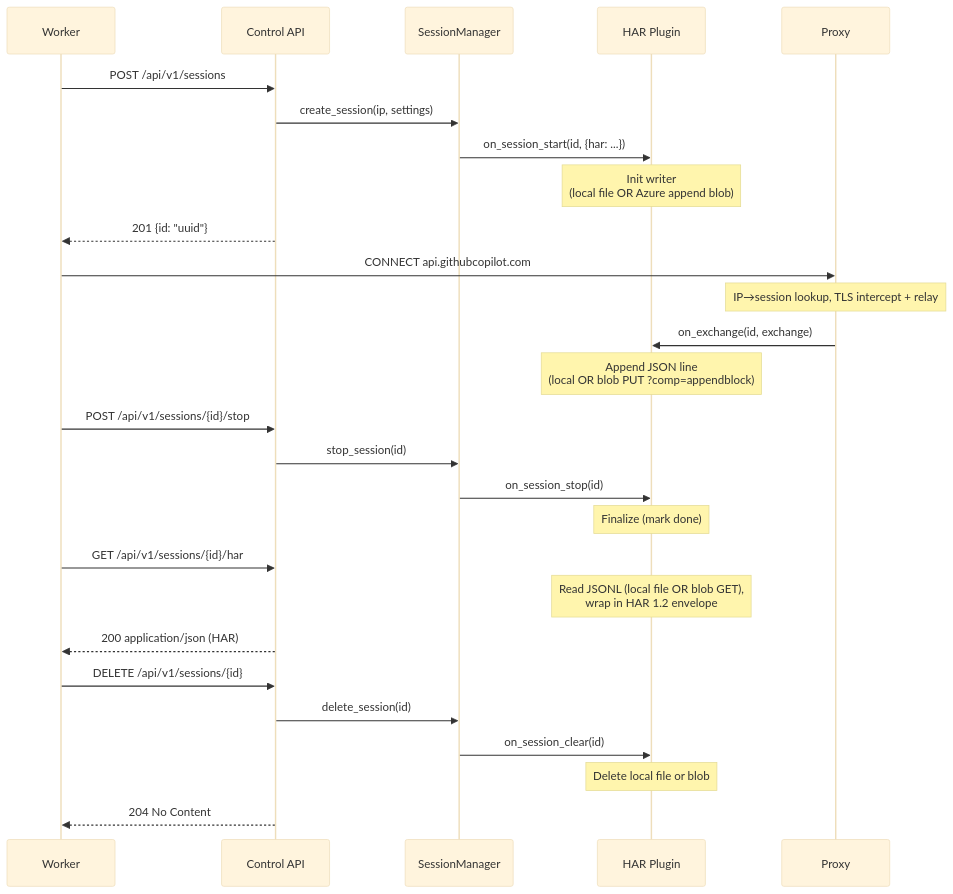
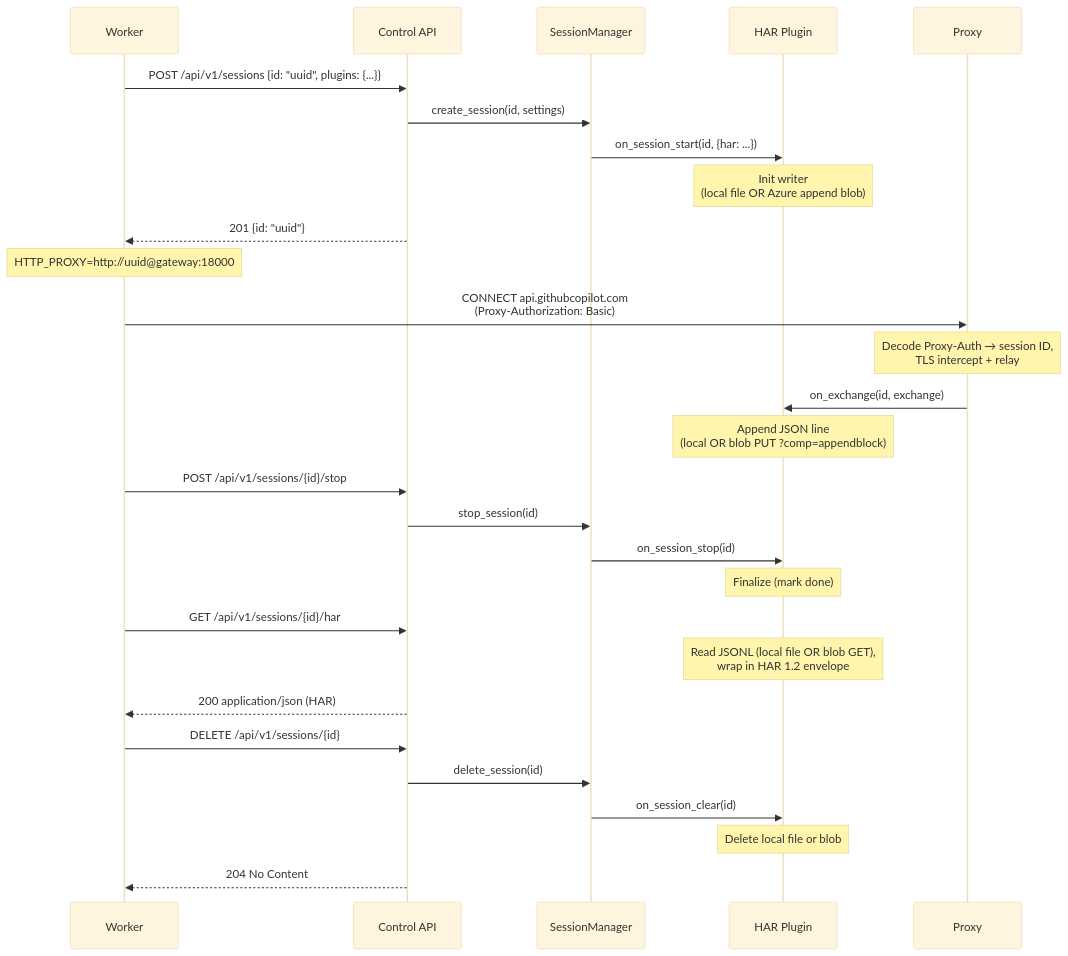
One commit to Gile987/scope changed the third of 5 diagrams in docs/architecture/ai-gateway.md. Above: the diagram before and after it, drawn with Mermaid (base theme). The commit also changed other lines of this file, not shown here.

First line of the commit message:
docs: update gateway and electron worker docs for Proxy-Authorization session identity

````diff
--- a/docs/architecture/ai-gateway.md
+++ b/docs/architecture/ai-gateway.md
@@ -176,34 +198,35 @@
 ```mermaid
 sequenceDiagram
     participant W as Worker
     participant API as Control API
     participant SM as SessionManager
     participant HAR as HAR Plugin
     participant PX as Proxy
 
-    W->>API: POST /api/v1/sessions
-    API->>SM: create_session(ip, settings)
+    W->>API: POST /api/v1/sessions {id: "uuid", plugins: {...}}
+    API->>SM: create_session(id, settings)
     SM->>HAR: on_session_start(id, {har: ...})
     Note over HAR: Init writer<br/>(local file OR Azure append blob)
     API-->>W: 201 {id: "uuid"}
+    Note over W: HTTP_PROXY=http://uuid@gateway:18000
 
-    W->>PX: CONNECT api.githubcopilot.com
-    Note over PX: IP→session lookup, TLS intercept + relay
+    W->>PX: CONNECT api.githubcopilot.com<br/>(Proxy-Authorization: Basic)
+    Note over PX: Decode Proxy-Auth → session ID,<br/>TLS intercept + relay
     PX->>HAR: on_exchange(id, exchange)
     Note over HAR: Append JSON line<br/>(local OR blob PUT ?comp=appendblock)
 
     W->>API: POST /api/v1/sessions/{id}/stop
     API->>SM: stop_session(id)
     SM->>HAR: on_session_stop(id)
     Note over HAR: Finalize (mark done)
 
     W->>API: GET /api/v1/sessions/{id}/har
     Note over HAR: Read JSONL (local file OR blob GET),<br/>wrap in HAR 1.2 envelope
     API-->>W: 200 application/json (HAR)
 
     W->>API: DELETE /api/v1/sessions/{id}
     API->>SM: delete_session(id)
     SM->>HAR: on_session_clear(id)
     Note over HAR: Delete local file or blob
     API-->>W: 204 No Content
 ```
````
